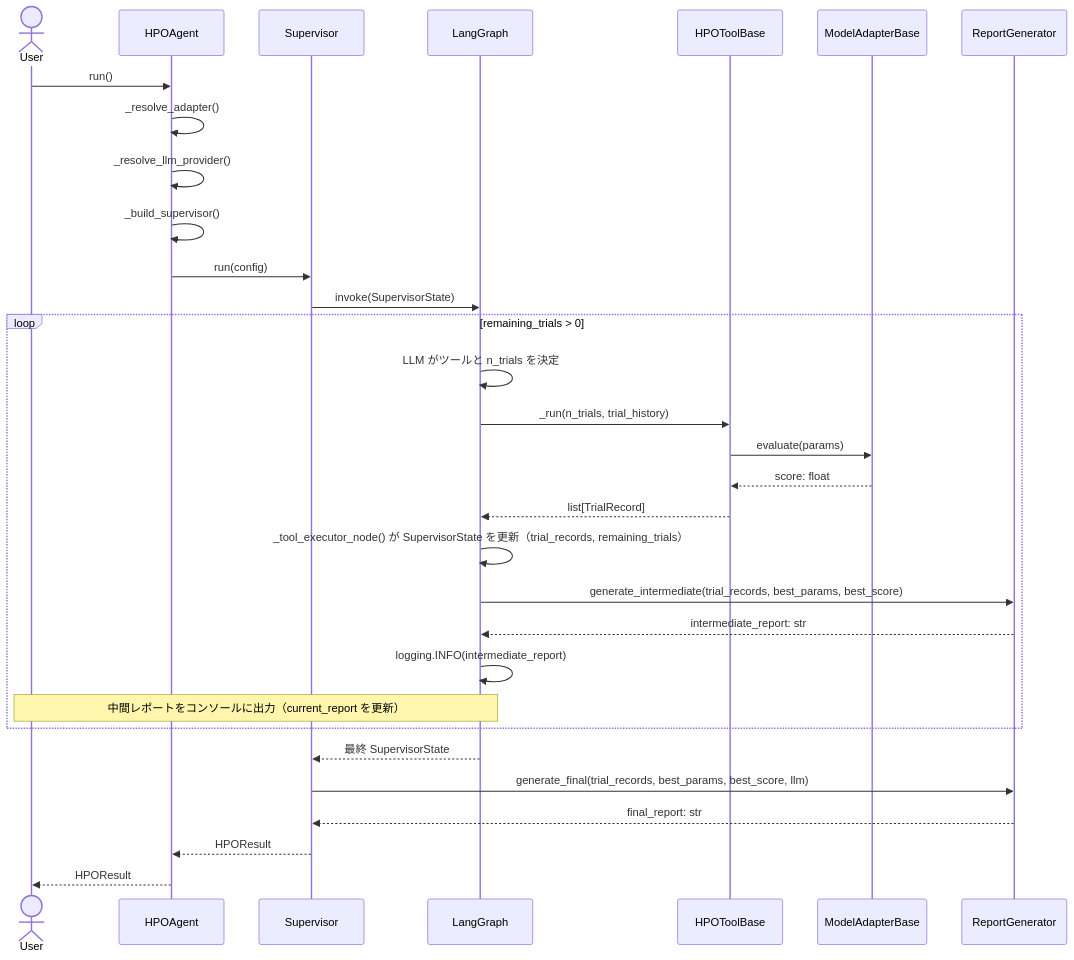
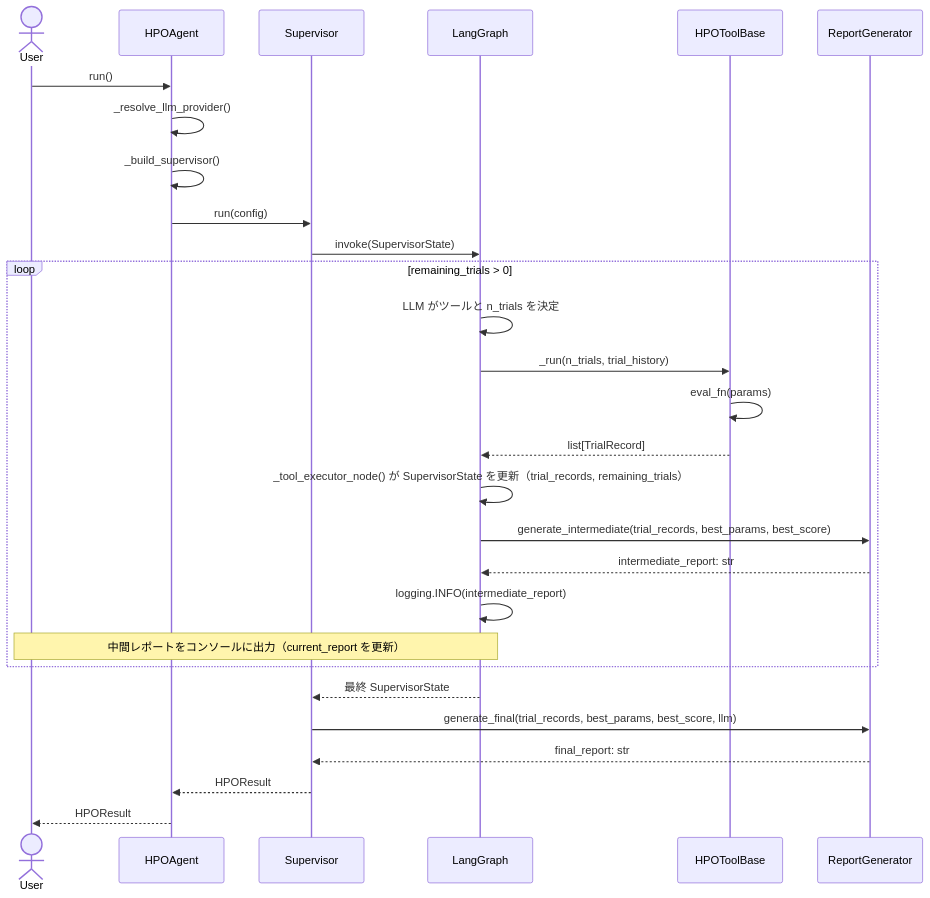
The first of 3 diagrams in doc/impl_design.md (usha-takeshige/HPO-Agent), drawn with Mermaid before and after one commit. The commit also changed other lines of this file and 7 other files, not shown here.

````diff
--- a/doc/impl_design.md
+++ b/doc/impl_design.md
@@ -555,36 +466,33 @@
 ```mermaid
 sequenceDiagram
     actor User
     participant HPOAgent
     participant Supervisor
     participant LangGraph
     participant HPOToolBase
-    participant ModelAdapterBase
     participant ReportGenerator
 
     User->>HPOAgent: run()
-    HPOAgent->>HPOAgent: _resolve_adapter()
     HPOAgent->>HPOAgent: _resolve_llm_provider()
     HPOAgent->>HPOAgent: _build_supervisor()
     HPOAgent->>Supervisor: run(config)
     Supervisor->>LangGraph: invoke(SupervisorState)
 
     loop remaining_trials > 0
         LangGraph->>LangGraph: LLM がツールと n_trials を決定
         LangGraph->>HPOToolBase: _run(n_trials, trial_history)
-        HPOToolBase->>ModelAdapterBase: evaluate(params)
-        ModelAdapterBase-->>HPOToolBase: score: float
+        HPOToolBase->>HPOToolBase: eval_fn(params)
         HPOToolBase-->>LangGraph: list[TrialRecord]
         LangGraph->>LangGraph: _tool_executor_node() が SupervisorState を更新（trial_records, remaining_trials）
         LangGraph->>ReportGenerator: generate_intermediate(trial_records, best_params, best_score)
         ReportGenerator-->>LangGraph: intermediate_report: str
         LangGraph->>LangGraph: logging.INFO(intermediate_report)
         Note over LangGraph,User: 中間レポートをコンソールに出力（current_report を更新）
     end
 
     LangGraph-->>Supervisor: 最終 SupervisorState
     Supervisor->>ReportGenerator: generate_final(trial_records, best_params, best_score, llm)
     ReportGenerator-->>Supervisor: final_report: str
     Supervisor-->>HPOAgent: HPOResult
     HPOAgent-->>User: HPOResult
 ```
````
